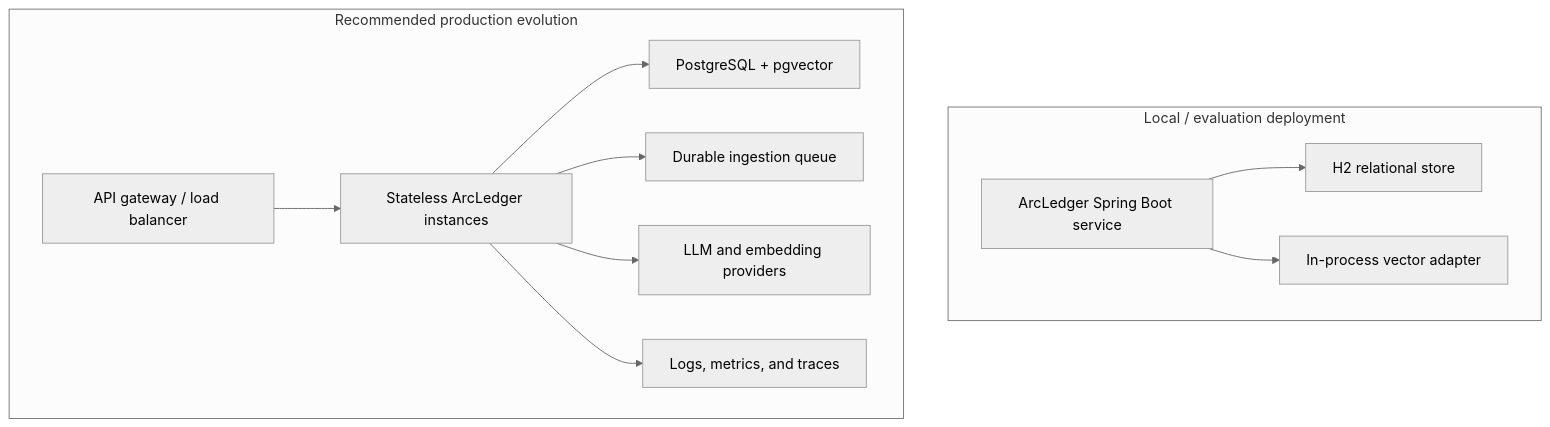
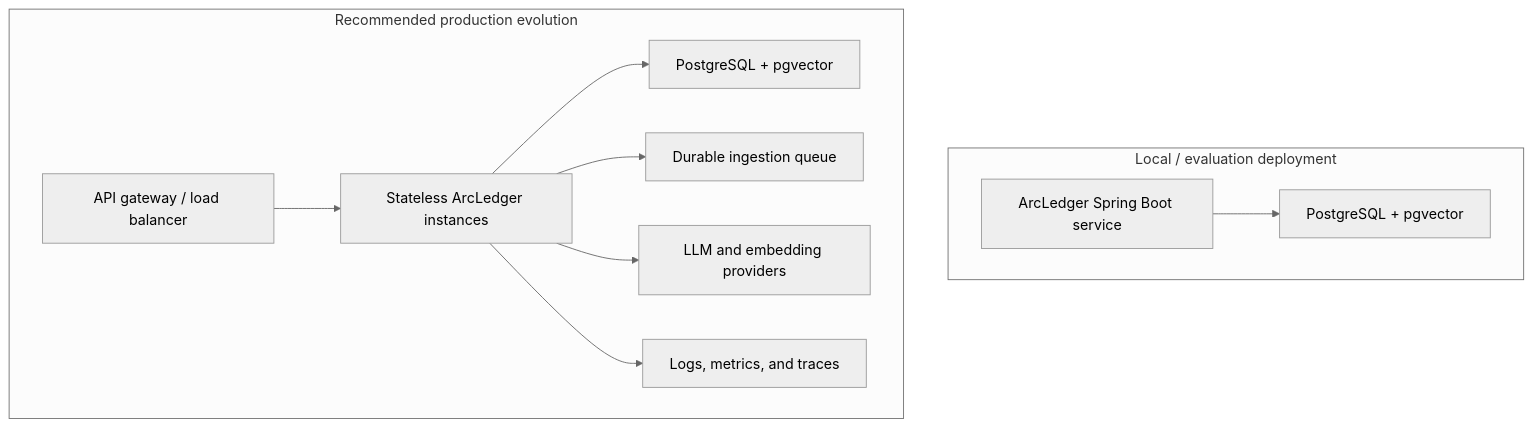
Before and after one commit to shri299/arc-ledger: the sixth of 6 diagrams in README.md, drawn with Mermaid (neutral theme). The commit also changed other lines of this file and 16 other files, not shown here.

Commit message:
feat: migrate vector storage to PostgreSQL pgvector

````diff
--- a/README.md
+++ b/README.md
@@ -174,18 +176,16 @@
 ```mermaid
 flowchart TB
     subgraph Current["Local / evaluation deployment"]
         App["ArcLedger Spring Boot service"]
-        H2["H2 relational store"]
-        LocalVector["In-process vector adapter"]
-        App --> H2
-        App --> LocalVector
+        PGLocal["PostgreSQL + pgvector"]
+        App --> PGLocal
     end
 
     subgraph Production["Recommended production evolution"]
         LB["API gateway / load balancer"] --> Nodes["Stateless ArcLedger instances"]
         Nodes --> PG["PostgreSQL + pgvector"]
         Nodes --> Queue["Durable ingestion queue"]
         Nodes --> Providers["LLM and embedding providers"]
         Nodes --> Telemetry["Logs, metrics, and traces"]
     end
 ```
````
